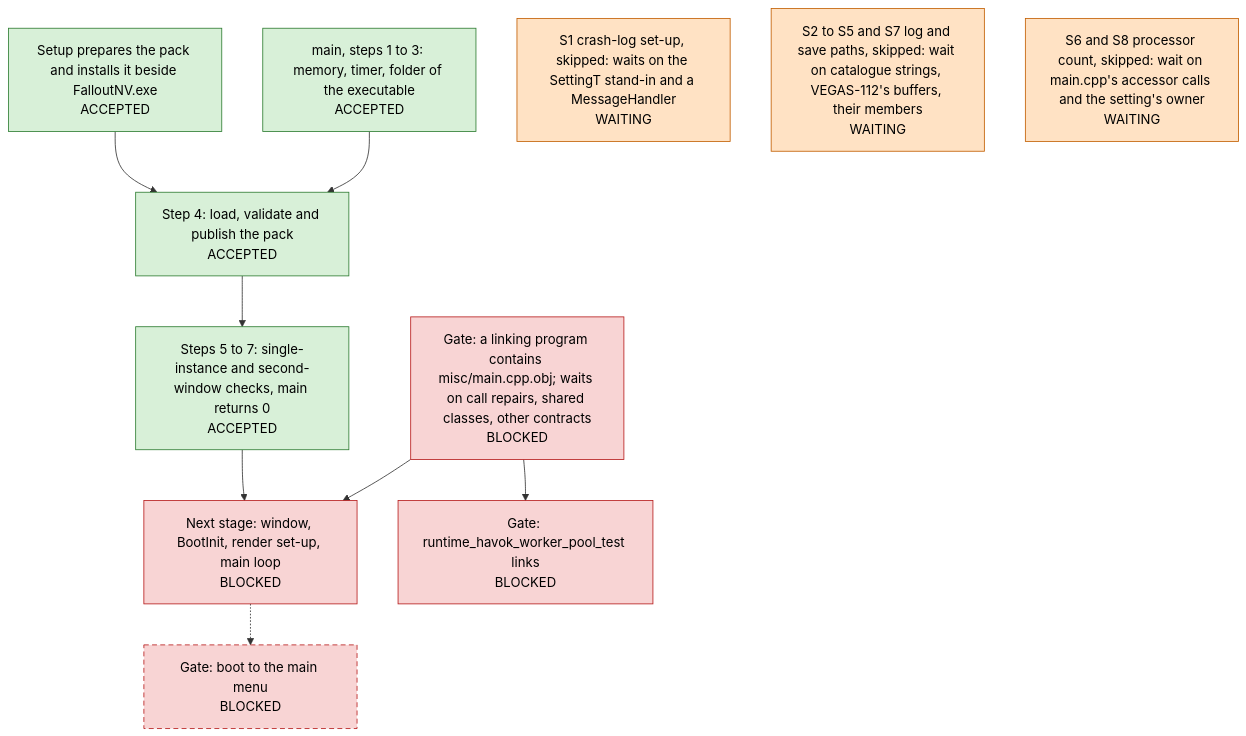
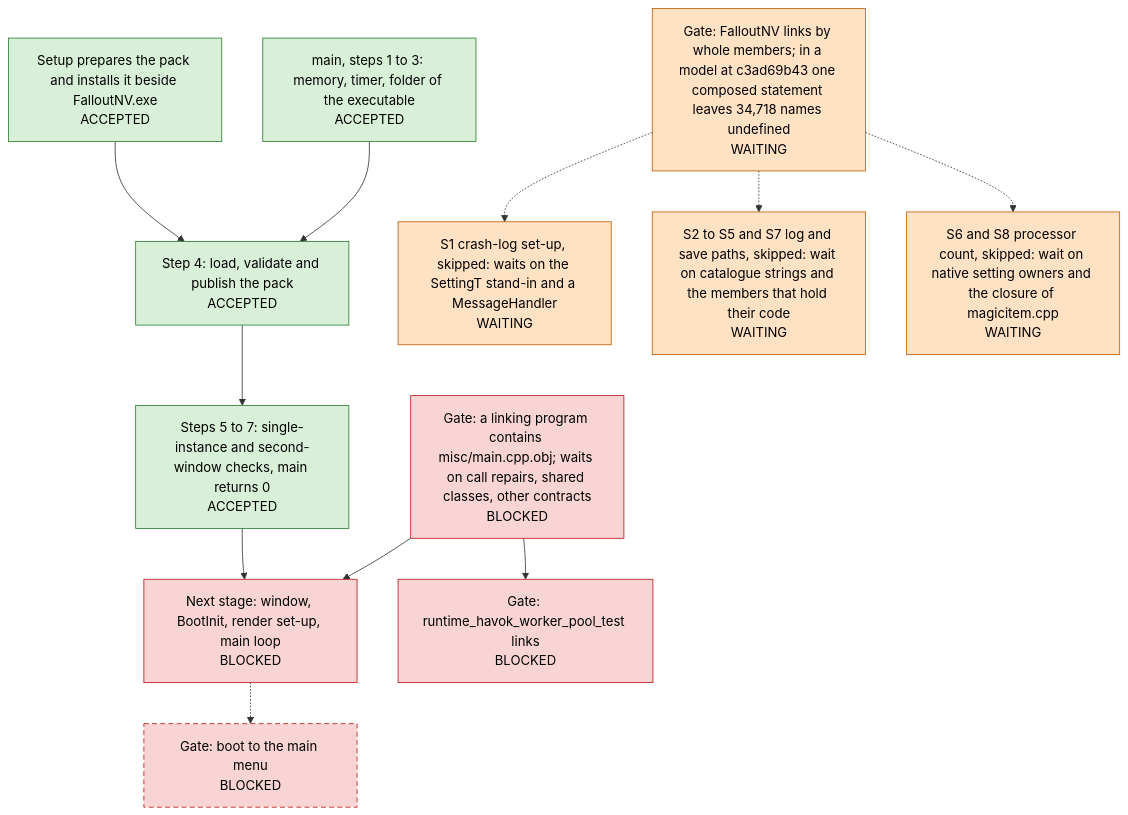
One commit to Reilley64/vegas changed the diagram in README.md. Above: the diagram before and after it, drawn with Mermaid. The commit also changed other lines of this file and 4 other files, not shown here.

````diff
--- a/README.md
+++ b/README.md
@@ -11,29 +11,33 @@
 ```mermaid
 flowchart TB
   setup["Setup prepares the pack and installs it beside FalloutNV.exe<br/>ACCEPTED"]
   main_start["main, steps 1 to 3: memory, timer, folder of the executable<br/>ACCEPTED"]
   main_pack["Step 4: load, validate and publish the pack<br/>ACCEPTED"]
   main_checks["Steps 5 to 7: single-instance and second-window checks, main returns 0<br/>ACCEPTED"]
+  gate_whole["Gate: FalloutNV links by whole members; in a model at c3ad69b43 one composed statement leaves 34,718 names undefined<br/>WAITING"]
   skip_s1["S1 crash-log set-up, skipped: waits on the SettingT stand-in and a MessageHandler<br/>WAITING"]
-  skip_paths["S2 to S5 and S7 log and save paths, skipped: wait on catalogue strings, VEGAS-112's buffers, their members<br/>WAITING"]
-  skip_cpu["S6 and S8 processor count, skipped: wait on main.cpp's accessor calls and the setting's owner<br/>WAITING"]
+  skip_paths["S2 to S5 and S7 log and save paths, skipped: wait on catalogue strings and the members that hold their code<br/>WAITING"]
+  skip_cpu["S6 and S8 processor count, skipped: wait on native setting owners and the closure of magicitem.cpp<br/>WAITING"]
   next["Next stage: window, BootInit, render set-up, main loop<br/>BLOCKED"]
   gate_main_obj["Gate: a linking program contains misc/main.cpp.obj; waits on call repairs, shared classes, other contracts<br/>BLOCKED"]
   gate_engine["Gate: runtime_havok_worker_pool_test links<br/>BLOCKED"]
   gate_menu["Gate: boot to the main menu<br/>BLOCKED"]
   setup --> main_pack
   main_start --> main_pack
   main_pack --> main_checks
+  gate_whole -.-> skip_s1
+  gate_whole -.-> skip_paths
+  gate_whole -.-> skip_cpu
   gate_main_obj --> next
   gate_main_obj --> gate_engine
   main_checks --> next
   next -.-> gate_menu
   classDef accepted fill:#d8f0d8,stroke:#2e7d32,color:#000
   class setup,main_start,main_pack,main_checks accepted
   classDef waiting fill:#ffe2c4,stroke:#c25e00,color:#000
-  class skip_s1,skip_paths,skip_cpu waiting
+  class gate_whole,skip_s1,skip_paths,skip_cpu waiting
   classDef blocked fill:#f8d4d4,stroke:#b71c1c,color:#000
   class next,gate_main_obj,gate_engine,gate_menu blocked
   classDef curated stroke-dasharray:6 4
   class gate_menu curated
 ```
````
